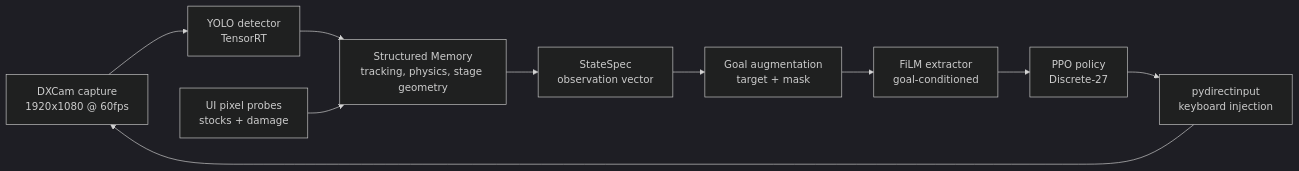
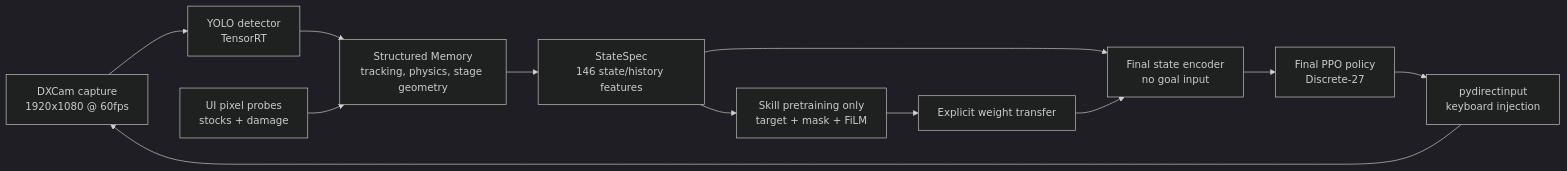
The diagram in README.md (MA-Zbida/brawl_scratch), drawn with Mermaid (dark theme) before and after one commit. The commit also changed other lines of this file and 20 other files, not shown here.

````diff
--- a/README.md
+++ b/README.md
@@ -39,12 +40,14 @@
 ```mermaid
 flowchart LR
     A[DXCam capture<br/>1920x1080 @ 60fps] --> B[YOLO detector<br/>TensorRT]
     B --> C[Structured Memory<br/>tracking, physics, stage geometry]
     U[UI pixel probes<br/>stocks + damage] --> C
-    C --> D[StateSpec<br/>observation vector]
-    D --> E[Goal augmentation<br/>target + mask]
-    E --> F[FiLM extractor<br/>goal-conditioned]
-    F --> G[PPO policy<br/>Discrete-27]
+    C --> D[StateSpec<br/>146 state/history features]
+    D --> E[Skill pretraining only<br/>target + mask + FiLM]
+    E --> T[Explicit weight transfer]
+    D --> F[Final state encoder<br/>no goal input]
+    T --> F
+    F --> G[Final PPO policy<br/>Discrete-27]
     G --> H[pydirectinput<br/>keyboard injection]
     H --> A
 ```
````
